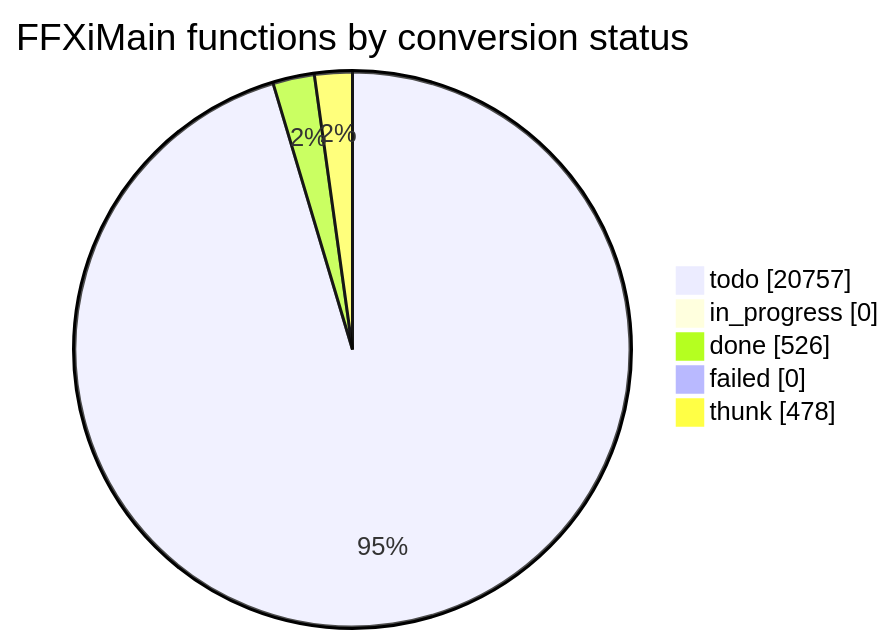
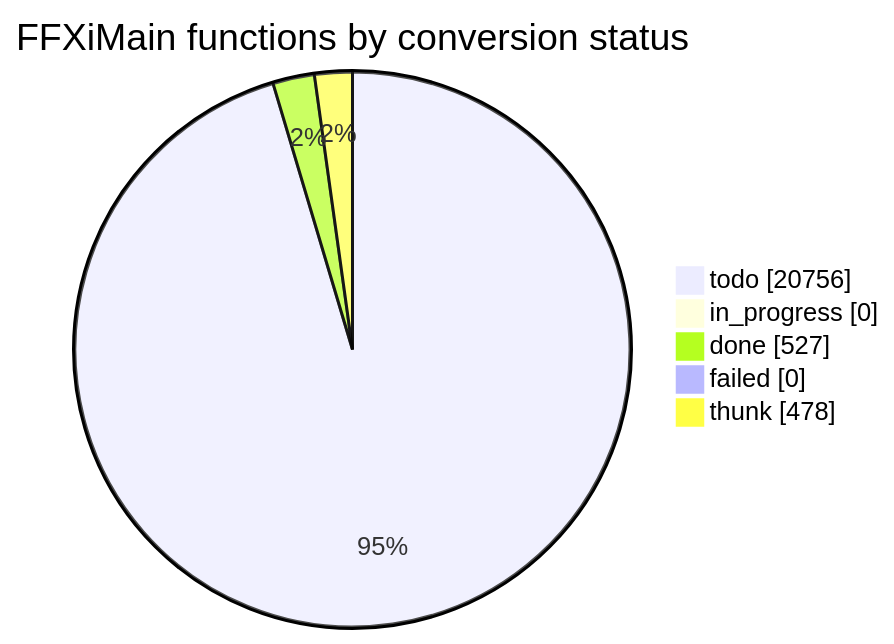
The diagram in docs/cow/STATUS.md (cowrevenge/cow_kuluu_xi_anything), drawn with Mermaid before and after one commit. The commit also changed other lines of this file and 9 other files, not shown here.

````diff
--- a/docs/cow/STATUS.md
+++ b/docs/cow/STATUS.md
@@ -18,9 +18,9 @@
 ```mermaid
 pie showData
     title FFXiMain functions by conversion status
-    "todo" : 20757
+    "todo" : 20756
     "in_progress" : 0
-    "done" : 526
+    "done" : 527
     "failed" : 0
     "thunk" : 478
 ```
````
